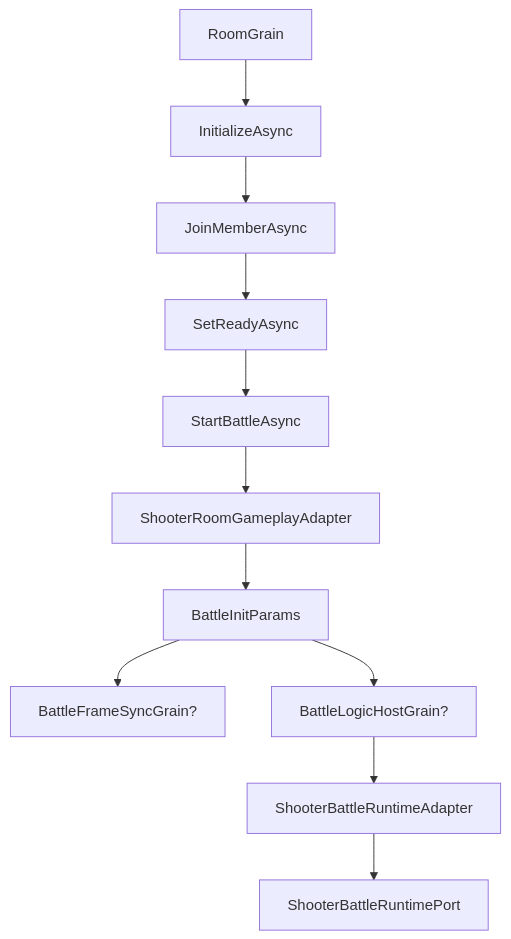
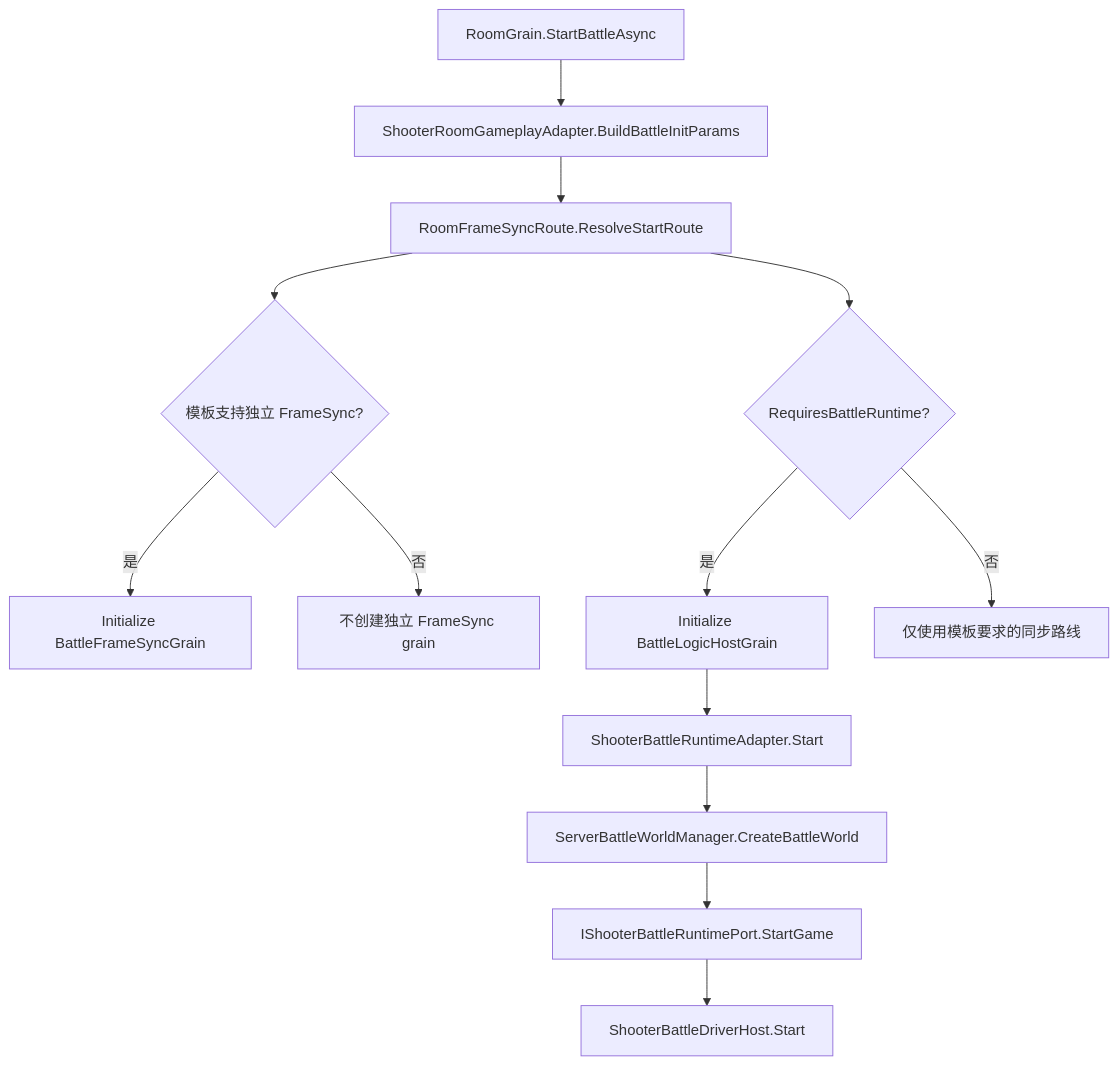
One commit to Kurumioi/AbilityKit changed the first of 2 diagrams in Docs/design/09-ImplementationExamples/Shooter/05-ServerFlowAndSmokeDeepDive.md. Above: the diagram before and after it, drawn with Mermaid. The commit also changed other lines of this file and 118 other files, not shown here.

````diff
--- a/Docs/design/09-ImplementationExamples/Shooter/05-ServerFlowAndSmokeDeepDive.md
+++ b/Docs/design/09-ImplementationExamples/Shooter/05-ServerFlowAndSmokeDeepDive.md
@@ -39,13 +67,15 @@
 ```mermaid
 flowchart TD
-    A[RoomGrain] --> B[InitializeAsync]
-    B --> C[JoinMemberAsync]
-    C --> D[SetReadyAsync]
-    D --> E[StartBattleAsync]
-    E --> F[ShooterRoomGameplayAdapter]
-    F --> G[BattleInitParams]
-    G --> H[BattleFrameSyncGrain?]
-    G --> I[BattleLogicHostGrain?]
-    I --> J[ShooterBattleRuntimeAdapter]
-    J --> K[ShooterBattleRuntimePort]
+    A[RoomGrain.StartBattleAsync] --> B[ShooterRoomGameplayAdapter.BuildBattleInitParams]
+    B --> C[RoomFrameSyncRoute.ResolveStartRoute]
+    C --> D{模板支持独立 FrameSync?}
+    D -- 是 --> E[Initialize BattleFrameSyncGrain]
+    D -- 否 --> F[不创建独立 FrameSync grain]
+    C --> G{RequiresBattleRuntime?}
+    G -- 是 --> H[Initialize BattleLogicHostGrain]
+    H --> I[ShooterBattleRuntimeAdapter.Start]
+    I --> J[ServerBattleWorldManager.CreateBattleWorld]
+    J --> K[IShooterBattleRuntimePort.StartGame]
+    K --> L[ShooterBattleDriverHost.Start]
+    G -- 否 --> M[仅使用模板要求的同步路线]
 ```
````
